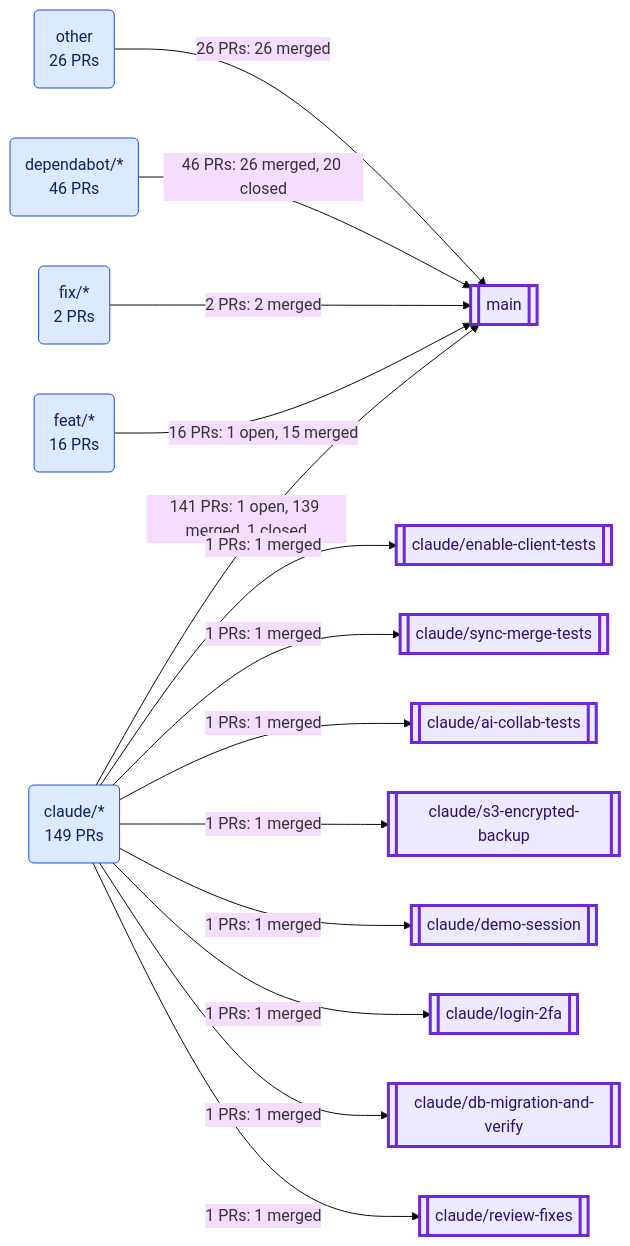
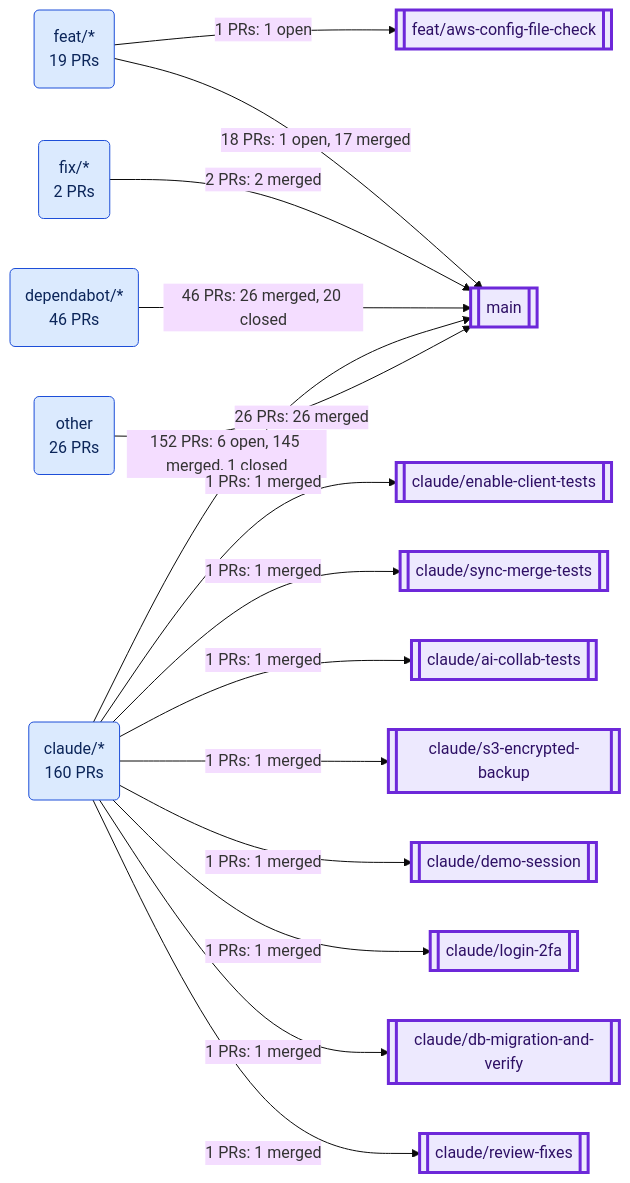
The first of 7 diagrams in docs/PR_BRANCH_VISUALIZATION.md (VijayKumaro7/NotionAI_Notepad), drawn with Mermaid (base theme) before and after one commit. The commit also changed other lines of this file and 2 other files, not shown here.

````diff
--- a/docs/PR_BRANCH_VISUALIZATION.md
+++ b/docs/PR_BRANCH_VISUALIZATION.md
@@ -37,35 +37,37 @@
 ```mermaid
 flowchart LR
-  g0("claude/*<br/>149 PRs"):::source
+  g0("claude/*<br/>160 PRs"):::source
   g1("dependabot/*<br/>46 PRs"):::source
-  g2("feat/*<br/>16 PRs"):::source
+  g2("feat/*<br/>19 PRs"):::source
   g3("fix/*<br/>2 PRs"):::source
   g4("other<br/>26 PRs"):::source
   b7[["claude/ai-collab-tests"]]:::target
-  b18[["claude/db-migration-and-verify"]]:::target
-  b20[["claude/demo-session"]]:::target
-  b24[["claude/enable-client-tests"]]:::target
-  b37[["claude/login-2fa"]]:::target
-  b46[["claude/review-fixes"]]:::target
-  b47[["claude/s3-encrypted-backup"]]:::target
-  b61[["claude/sync-merge-tests"]]:::target
-  b133[["main"]]:::target
-  g4 -->|"26 PRs: 26 merged"| b133
-  g0 -->|"141 PRs: 1 open, 139 merged, 1 closed"| b133
-  g0 -->|"1 PRs: 1 merged"| b24
-  g0 -->|"1 PRs: 1 merged"| b61
+  b20[["claude/db-migration-and-verify"]]:::target
+  b22[["claude/demo-session"]]:::target
+  b27[["claude/enable-client-tests"]]:::target
+  b41[["claude/login-2fa"]]:::target
+  b50[["claude/review-fixes"]]:::target
+  b51[["claude/s3-encrypted-backup"]]:::target
+  b68[["claude/sync-merge-tests"]]:::target
+  b121[["feat/aws-config-file-check"]]:::target
+  b143[["main"]]:::target
+  g4 -->|"26 PRs: 26 merged"| b143
+  g0 -->|"152 PRs: 6 open, 145 merged, 1 closed"| b143
+  g0 -->|"1 PRs: 1 merged"| b27
+  g0 -->|"1 PRs: 1 merged"| b68
   g0 -->|"1 PRs: 1 merged"| b7
-  g0 -->|"1 PRs: 1 merged"| b47
+  g0 -->|"1 PRs: 1 merged"| b51
+  g0 -->|"1 PRs: 1 merged"| b22
+  g1 -->|"46 PRs: 26 merged, 20 closed"| b143
+  g0 -->|"1 PRs: 1 merged"| b41
   g0 -->|"1 PRs: 1 merged"| b20
-  g1 -->|"46 PRs: 26 merged, 20 closed"| b133
-  g0 -->|"1 PRs: 1 merged"| b37
-  g0 -->|"1 PRs: 1 merged"| b18
-  g0 -->|"1 PRs: 1 merged"| b46
-  g3 -->|"2 PRs: 2 merged"| b133
-  g2 -->|"16 PRs: 1 open, 15 merged"| b133
+  g0 -->|"1 PRs: 1 merged"| b50
+  g3 -->|"2 PRs: 2 merged"| b143
+  g2 -->|"18 PRs: 1 open, 17 merged"| b143
+  g2 -->|"1 PRs: 1 open"| b121
   classDef source fill:#dbeafe,stroke:#1d4ed8,color:#0b2559
   classDef target fill:#ede9fe,stroke:#6d28d9,stroke-width:3px,color:#2e1065
   classDef open fill:#fef3c7,stroke:#b45309,stroke-width:2px,color:#451a03
   classDef merged fill:#dcfce7,stroke:#15803d,color:#052e16
   classDef closed fill:#f3f4f6,stroke:#b91c1c,stroke-dasharray:5 3,color:#111827
 ```
````
